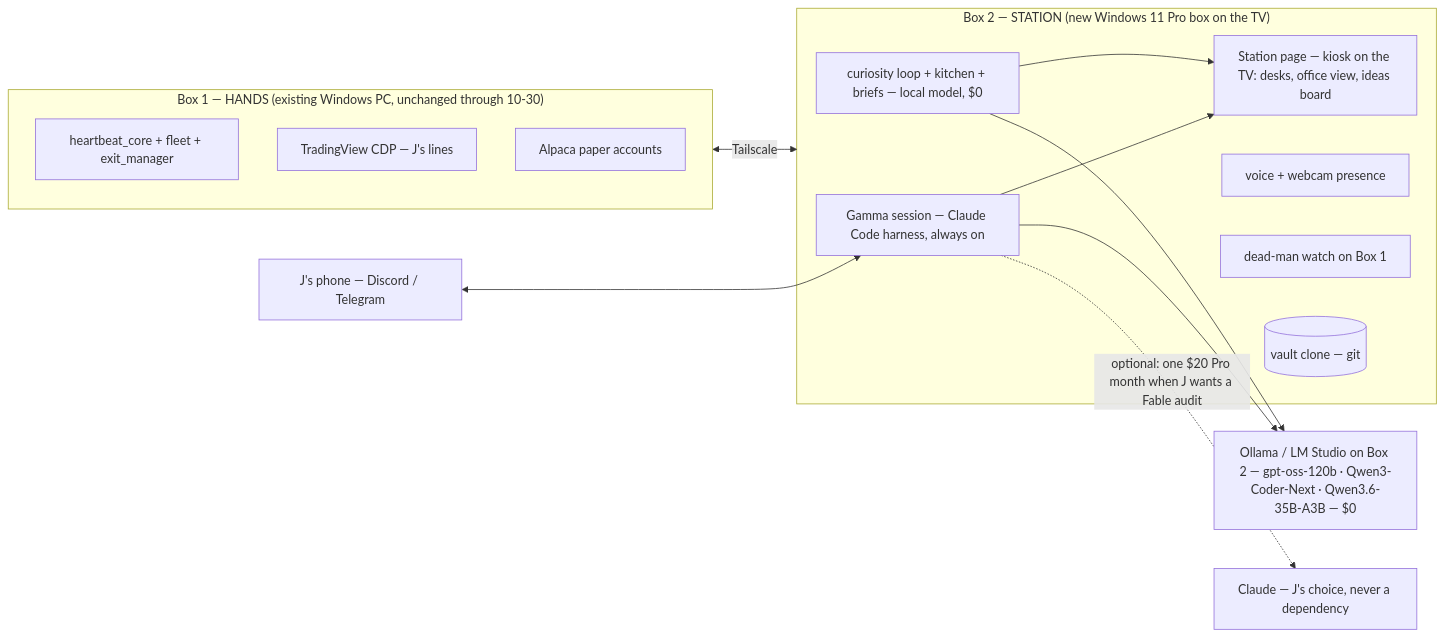
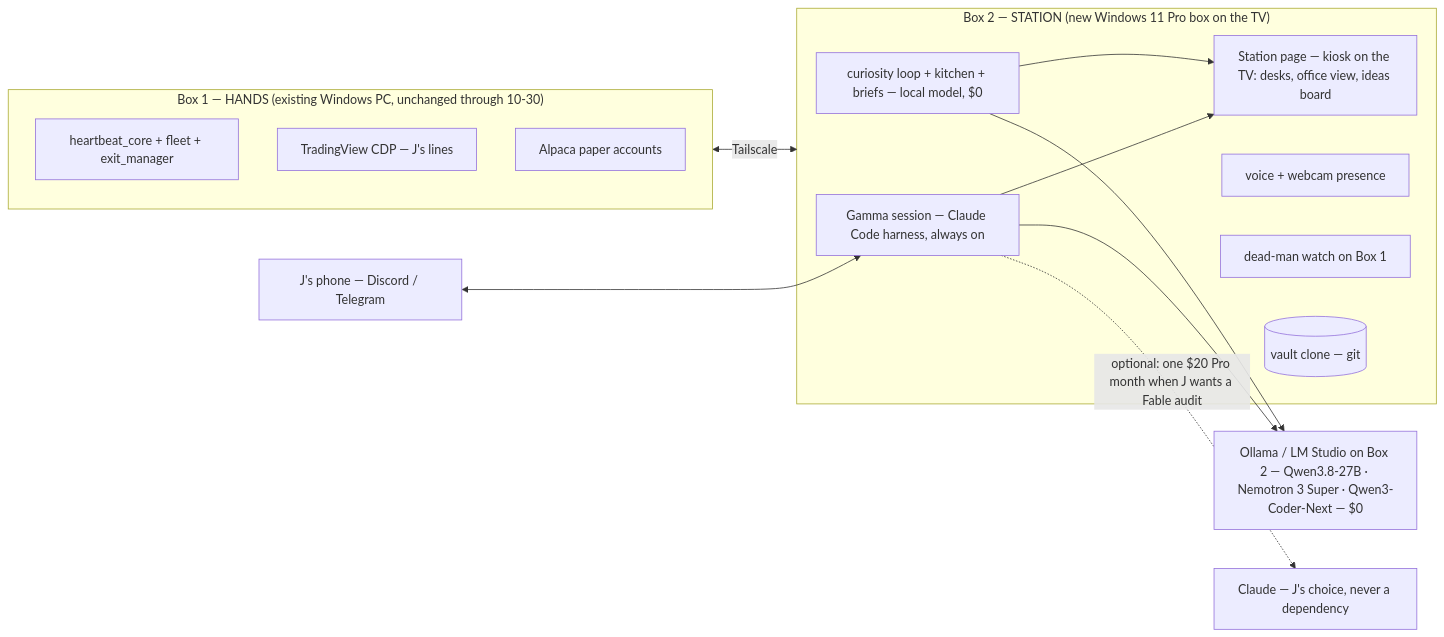
The diagram in markdown/planning/GAMMA-STATION.md (Swjsh/42), drawn with Mermaid before and after one commit. The commit also changed other lines of this file, not shown here.

Commit message:
docs: GAMMA-STATION rev 3 -- smart-model roster (Qwen3.8-27B planner, Nemotron 3 Super), memory ladder 128/192/512GB, NAS dropped, MS-S1 MAX-P495 192GB priced

````diff
--- a/markdown/planning/GAMMA-STATION.md
+++ b/markdown/planning/GAMMA-STATION.md
@@ -80,24 +82,24 @@
 ```mermaid
 flowchart LR
   subgraph B1["Box 1 — HANDS (existing Windows PC, unchanged through 10-30)"]
     HB[heartbeat_core + fleet + exit_manager]
     TV1[TradingView CDP — J's lines]
     ALP[Alpaca paper accounts]
   end
   subgraph B2["Box 2 — STATION (new Windows 11 Pro box on the TV)"]
     GS[Gamma session — Claude Code harness, always on]
     CL[curiosity loop + kitchen + briefs — local model, $0]
     ST[Station page — kiosk on the TV: desks, office view, ideas board]
     VF[voice + webcam presence]
     DM[dead-man watch on Box 1]
     VAULT[(vault clone — git)]
   end
   PH[J's phone — Discord / Telegram]
   B1 <-- Tailscale --> B2
   PH <--> GS
   GS --> ST
   CL --> ST
-  GS --> LOCAL[Ollama / LM Studio on Box 2 — gpt-oss-120b · Qwen3-Coder-Next · Qwen3.6-35B-A3B — $0]
+  GS --> LOCAL[Ollama / LM Studio on Box 2 — Qwen3.8-27B · Nemotron 3 Super · Qwen3-Coder-Next — $0]
   CL --> LOCAL
   GS -. optional: one $20 Pro month when J wants a Fable audit .-> ANTH[Claude — J's choice, never a dependency]
 ```
````
